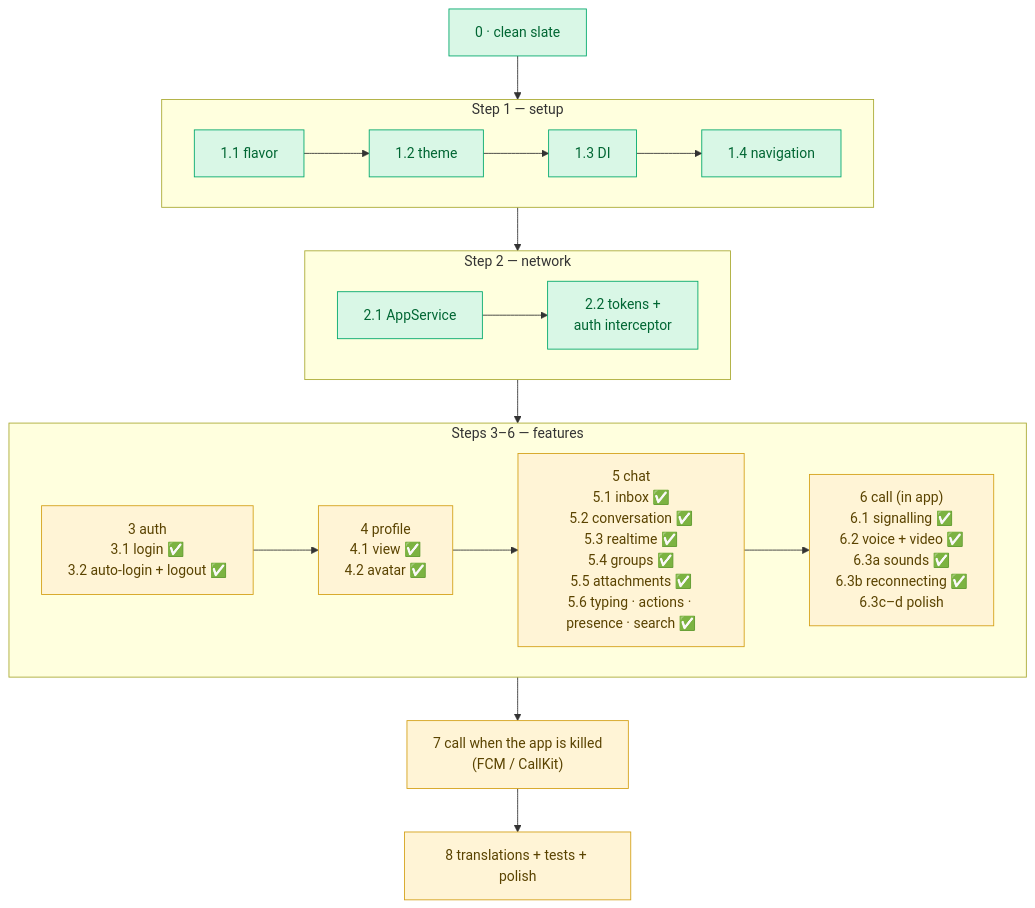
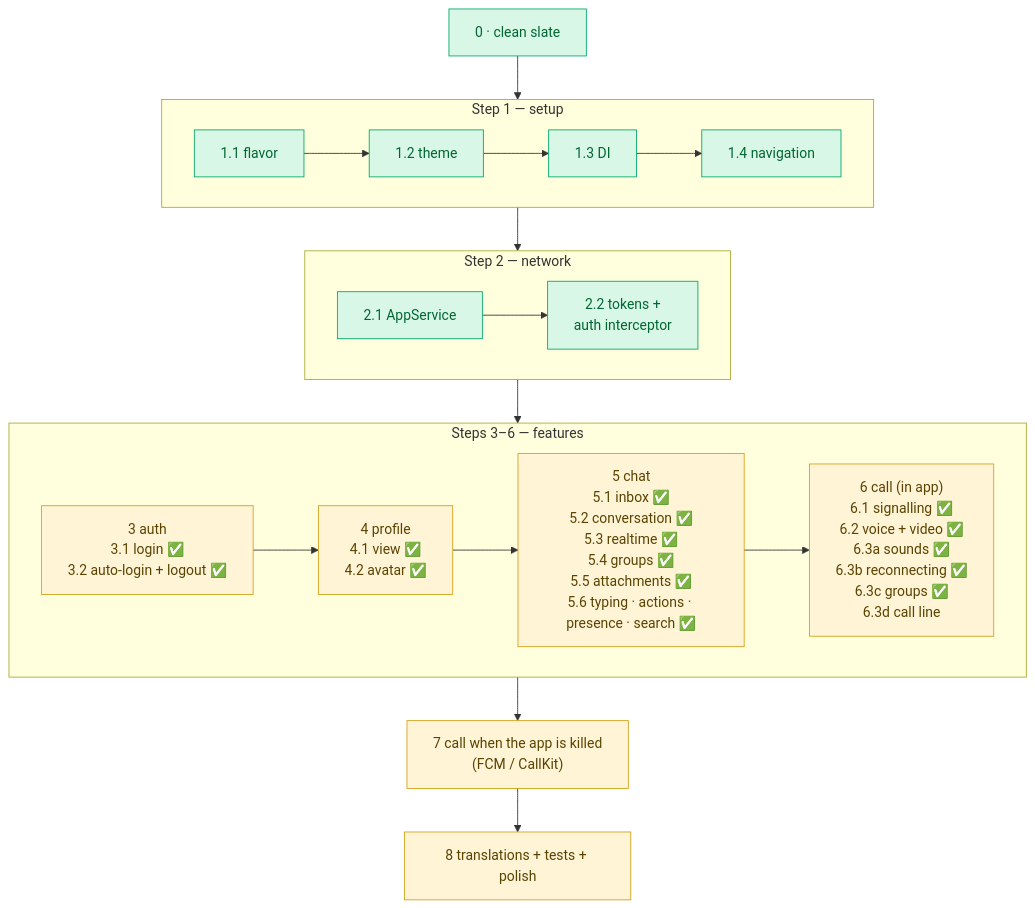
One commit to krouchvanyda/erp_flutter_claude changed the third of 3 diagrams in docs/learning/REBUILD/README.md. Above: the diagram before and after it, drawn with Mermaid. The commit also changed other lines of this file and 20 other files, not shown here.

````diff
--- a/docs/learning/REBUILD/README.md
+++ b/docs/learning/REBUILD/README.md
@@ -73,26 +73,26 @@
 ```mermaid
 flowchart TD
     S0["0 · clean slate"] --> STEP1
     subgraph STEP1["Step 1 — setup"]
         direction LR
         S11["1.1 flavor"] --> S12["1.2 theme"] --> S13["1.3 DI"] --> S14["1.4 navigation"]
     end
     STEP1 --> STEP2
     subgraph STEP2["Step 2 — network"]
         direction LR
         S21["2.1 AppService"] --> S22["2.2 tokens +<br/>auth interceptor"]
     end
     STEP2 --> FEATS
     subgraph FEATS["Steps 3–6 — features"]
         direction LR
-        S3["3 auth<br/>3.1 login ✅<br/>3.2 auto-login + logout ✅"] --> S4["4 profile<br/>4.1 view ✅<br/>4.2 avatar ✅"] --> S5["5 chat<br/>5.1 inbox ✅<br/>5.2 conversation ✅<br/>5.3 realtime ✅<br/>5.4 groups ✅<br/>5.5 attachments ✅<br/>5.6 typing · actions · presence · search ✅"] --> S6["6 call (in app)<br/>6.1 signalling ✅<br/>6.2 voice + video ✅<br/>6.3a sounds ✅<br/>6.3b reconnecting ✅<br/>6.3c–d polish"]
+        S3["3 auth<br/>3.1 login ✅<br/>3.2 auto-login + logout ✅"] --> S4["4 profile<br/>4.1 view ✅<br/>4.2 avatar ✅"] --> S5["5 chat<br/>5.1 inbox ✅<br/>5.2 conversation ✅<br/>5.3 realtime ✅<br/>5.4 groups ✅<br/>5.5 attachments ✅<br/>5.6 typing · actions · presence · search ✅"] --> S6["6 call (in app)<br/>6.1 signalling ✅<br/>6.2 voice + video ✅<br/>6.3a sounds ✅<br/>6.3b reconnecting ✅<br/>6.3c groups ✅<br/>6.3d call line"]
     end
     FEATS --> S7["7 call when the app is killed<br/>(FCM / CallKit)"] --> S8["8 translations + tests + polish"]
     class S0,S11,S12,S13,S14,S21,S22 ok
     class S3,S4,S5,S6,S7,S8 wait
     classDef app fill:#dbe9ff,stroke:#3b6fd8,color:#123
     classDef ok fill:#d9f7e6,stroke:#00a86b,color:#063
     classDef wait fill:#fff4d6,stroke:#d4a017,color:#5a4300
     classDef none fill:#eeeeee,stroke:#999,color:#555
     classDef err fill:#fde2e2,stroke:#d64545,color:#611
 ```
````
